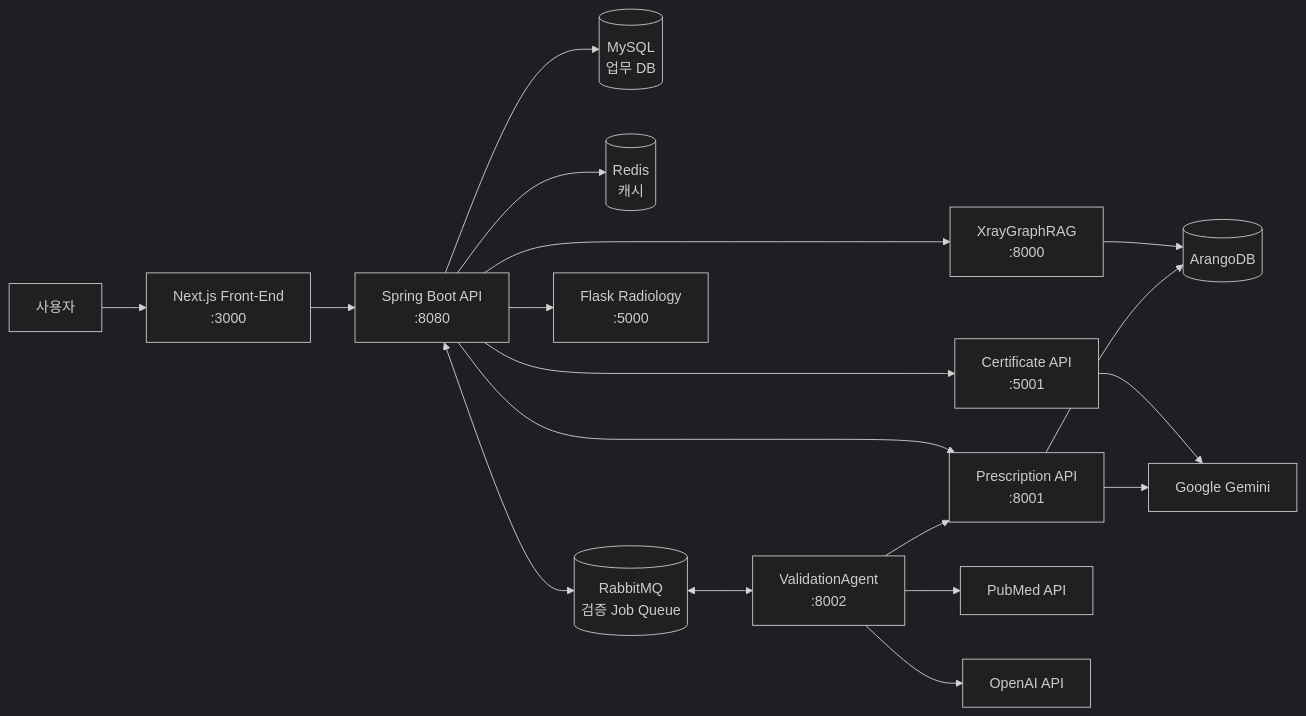
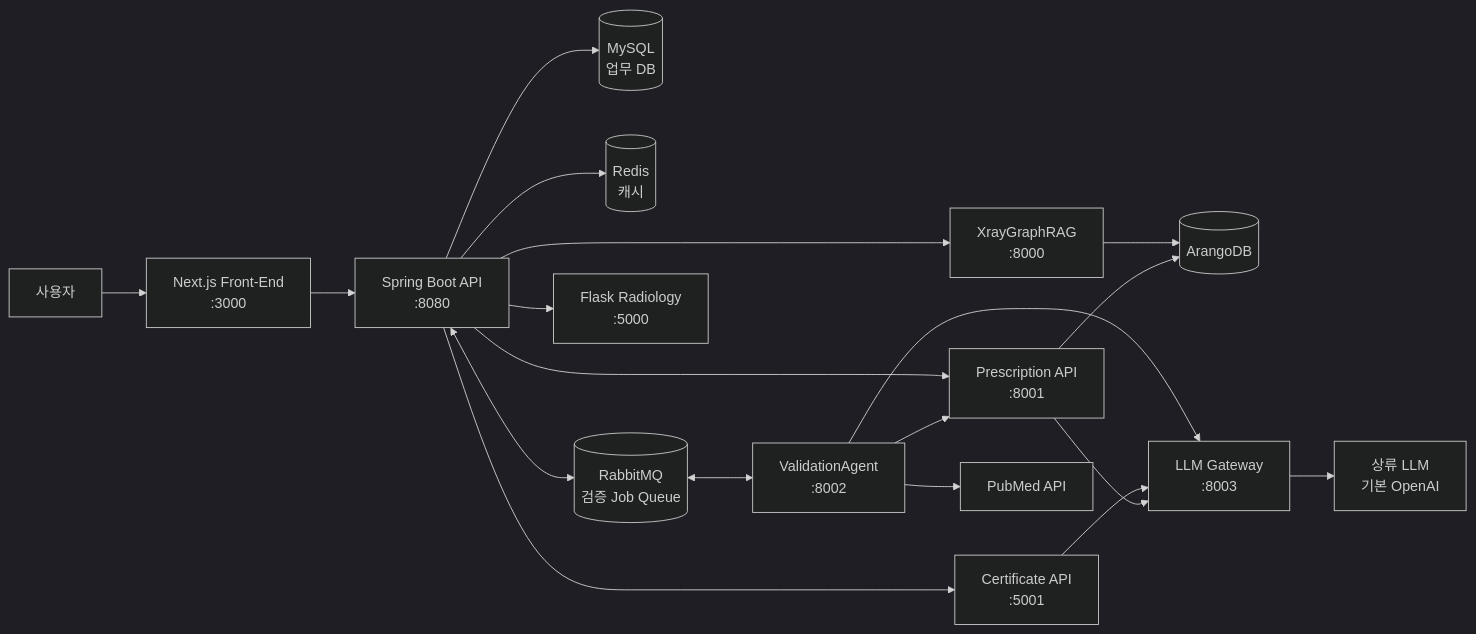
The diagram in Docs/README.md (kjbddo/bitcomputer-emr), drawn with Mermaid (dark theme) before and after one commit. The commit also changed other lines of this file and 11 other files, not shown here.

````diff
--- a/Docs/README.md
+++ b/Docs/README.md
@@ -57,24 +67,26 @@
 ```mermaid
 flowchart LR
   User[사용자] --> FE[Next.js Front-End<br/>:3000]
   FE --> Spring[Spring Boot API<br/>:8080]
 
   Spring --> MySQL[(MySQL<br/>업무 DB)]
   Spring --> Redis[(Redis<br/>캐시)]
   Spring <--> Rabbit[(RabbitMQ<br/>검증 Job Queue)]
 
   Spring --> Xray[XrayGraphRAG<br/>:8000]
   Spring --> Flask[Flask Radiology<br/>:5000]
   Spring --> Cert[Certificate API<br/>:5001]
   Spring --> Rx[Prescription API<br/>:8001]
 
   Rabbit <--> Val[ValidationAgent<br/>:8002]
   Val --> Rx
   Val --> PubMed[PubMed API]
-  Val --> OpenAI[OpenAI API]
 
   Xray --> Arango[(ArangoDB)]
   Rx --> Arango
-  Cert --> Gemini[Google Gemini]
-  Rx --> Gemini
+
+  Val --> GW[LLM Gateway<br/>:8003]
+  Cert --> GW
+  Rx --> GW
+  GW --> Upstream[상류 LLM<br/>기본 OpenAI]
 ```
````
